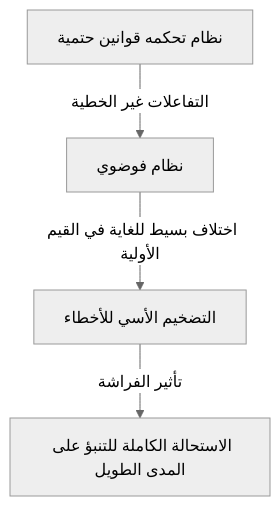
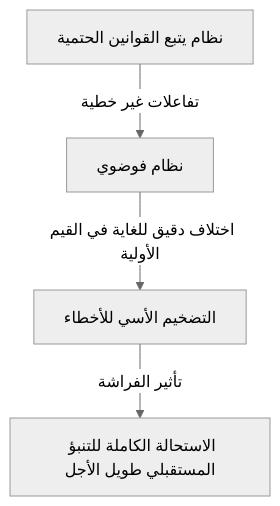
One commit to kenjinote/blog changed the first of 2 diagrams in content/post/chaos-theory/index.ar.md. Above: the diagram before and after it, drawn with Mermaid (neutral theme). The commit also changed other lines of this file and 97 other files, not shown here.

````diff
--- a/content/post/chaos-theory/index.ar.md
+++ b/content/post/chaos-theory/index.ar.md
@@ -38,6 +38,6 @@
 ```mermaid
 graph TD
-    A["نظام تحكمه قوانين حتمية"] -->|"التفاعلات غير الخطية"| B["نظام فوضوي"]
-    B -->|"اختلاف بسيط للغاية في القيم الأولية"| C["التضخيم الأسي للأخطاء"]
-    C -->|"تأثير الفراشة"| D["الاستحالة الكاملة للتنبؤ على المدى الطويل"]
+    A["نظام يتبع القوانين الحتمية"] -->|"تفاعلات غير خطية"| B["نظام فوضوي"]
+    B -->|"اختلاف دقيق للغاية في القيم الأولية"| C["التضخيم الأسي للأخطاء"]
+    C -->|"تأثير الفراشة"| D["الاستحالة الكاملة للتنبؤ المستقبلي طويل الأجل"]
 ```
````
